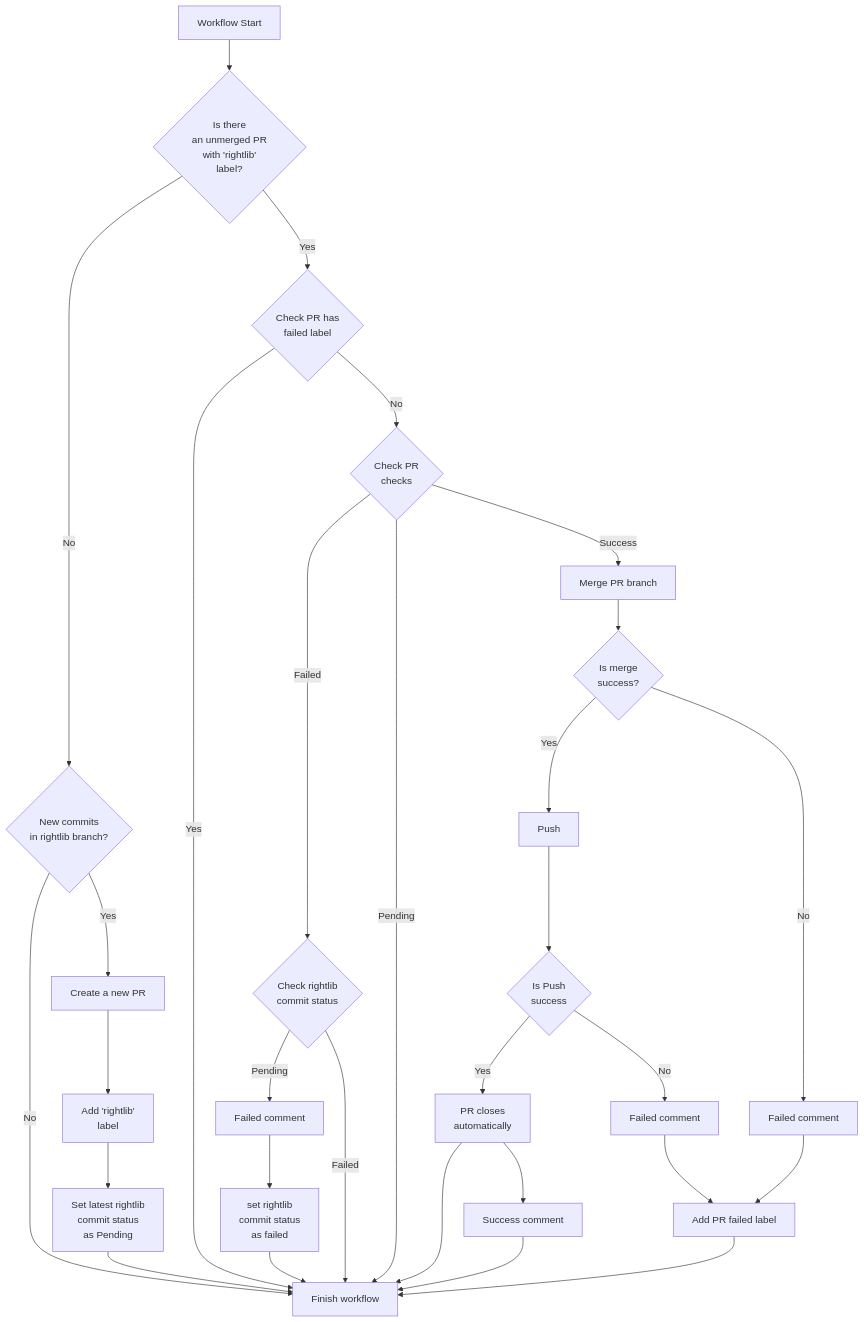
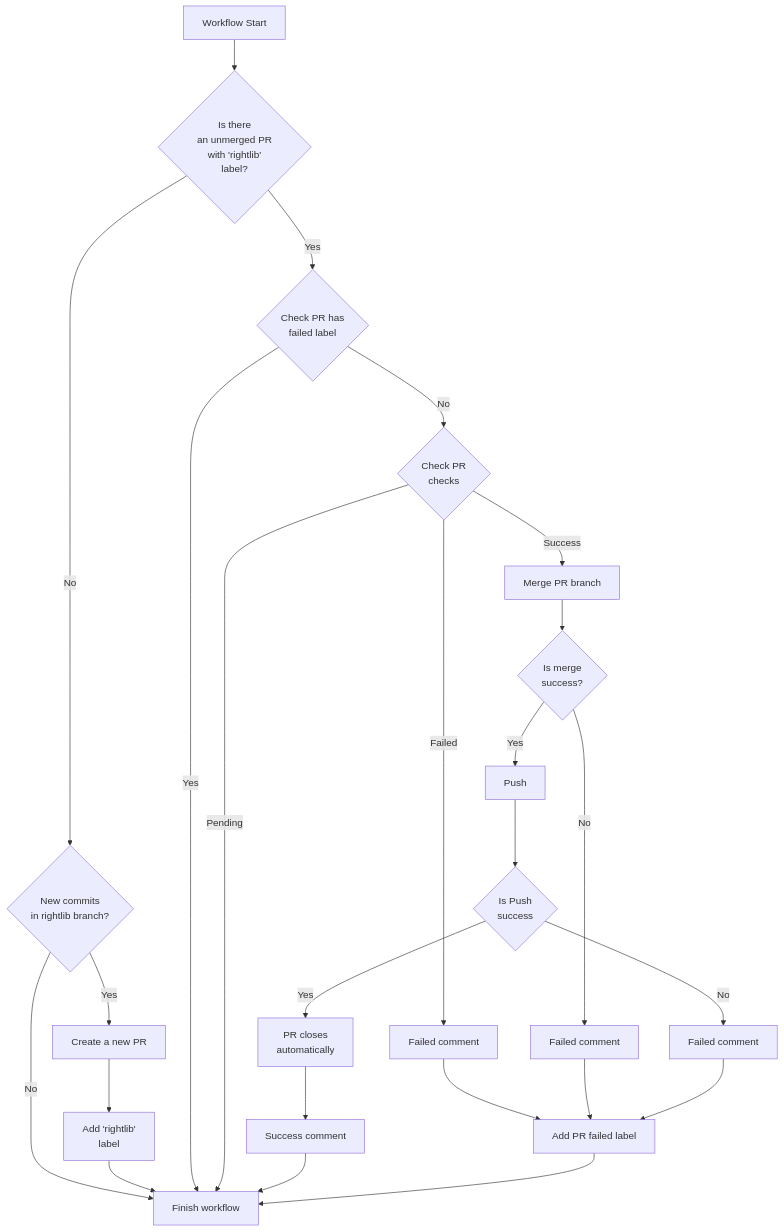
The diagram in ydb/ci/rightlib/flowchart.md (nikitka/ydb), drawn with Mermaid before and after one commit.

Commit message:
flowchart update

````diff
--- a/ydb/ci/rightlib/flowchart.md
+++ b/ydb/ci/rightlib/flowchart.md
@@ -1,35 +1,31 @@
 ```mermaid
 flowchart TB
 W[Workflow Start] --> CheckExistingPR{Is there<br/>an unmerged PR<br/>with 'rightlib'<br/>label?}
 
 CheckExistingPR --> |No| RightlibCommitCheck{New commits<br>in rightlib branch?}
     RightlibCommitCheck --> |No| Finish
     RightlibCommitCheck --> |Yes| CreatePR[Create a new PR]
         CreatePR --> AddRightlibLabel[Add 'rightlib'<br/> label]
-    AddRightlibLabel --> SetRightlibCommitStatusPending[Set latest rightlib<br/>commit status<br/> as Pending]
-            SetRightlibCommitStatusPending --> Finish[Finish workflow]
+        AddRightlibLabel --> Finish[Finish workflow]
 
 CheckExistingPR --> |Yes| CheckPrFailedLabel{Check PR has<br/>failed label}
 CheckPrFailedLabel --> |Yes| Finish
 CheckPrFailedLabel --> |No| CheckPRChecks{Check PR<br/>checks}
-CheckPRChecks --> |Failed| CheckRightlibCommitStatus{Check rightlib<br/>commit status}
-CheckRightlibCommitStatus --> |Pending| FailedComment[Failed comment]
-FailedComment --> MarkRefCommitAsFailed[set rightlib<br/>commit status<br/> as failed]
-MarkRefCommitAsFailed --> Finish
-CheckRightlibCommitStatus --> |Failed| Finish
+CheckPRChecks --> |Failed| FailedComment[Failed comment]
+FailedComment --> AddPrFailedLabel
 
 CheckPRChecks --> |Pending| Finish
 
 CheckPRChecks --> |Success| MergePR[Merge PR branch]
 MergePR --> IsMergeSuccess{Is merge<br/>success?}
 IsMergeSuccess --> |Yes| Push
 Push --> IsPushSuccess{Is Push<br/>success}
-IsPushSuccess --> |Yes| AutoPRClose[PR closes<br/>automatically] --> Finish
+IsPushSuccess --> |Yes| AutoPRClose[PR closes<br/>automatically]
 AutoPRClose -->  SuccessComment[Success comment] --> Finish
 
 IsMergeSuccess --> |No| FailedMergeComment[Failed comment]
 FailedMergeComment --> AddPrFailedLabel[Add PR failed label]
 IsPushSuccess --> |No| FailedPushComment[Failed comment]
 FailedPushComment  --> AddPrFailedLabel
 AddPrFailedLabel --> Finish
 ```
````
